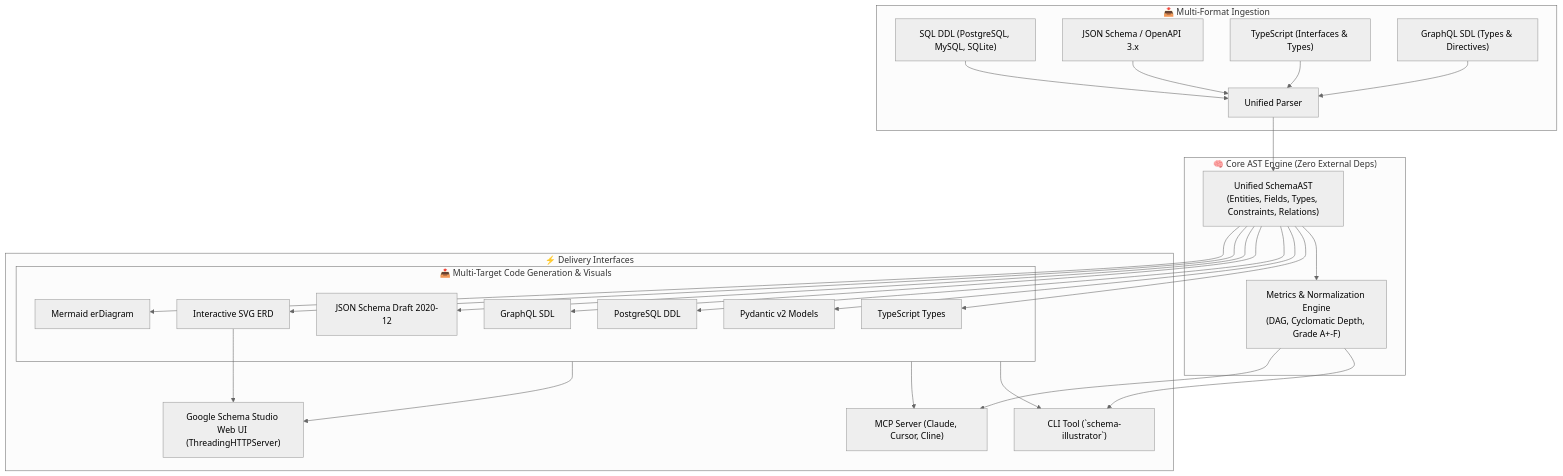
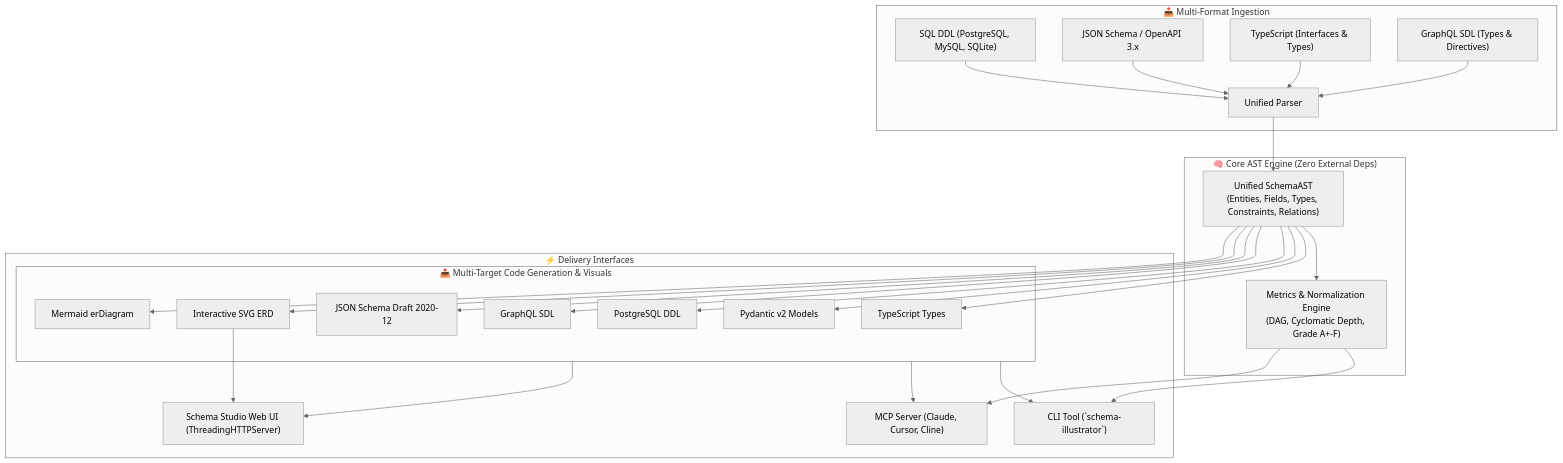
One commit to 1nc0gn30/schema-illustrator-studio changed the diagram in README.md. Above: the diagram before and after it, drawn with Mermaid (neutral theme). The commit also changed other lines of this file and 5 other files, not shown here.

Commit message:
rebrand: Schema Illustrator Studio branding with Material 3 design influence

````diff
--- a/README.md
+++ b/README.md
@@ -16,33 +16,33 @@
 ```mermaid
 flowchart TD
     subgraph Ingestion["📥 Multi-Format Ingestion"]
         SQL["SQL DDL (PostgreSQL, MySQL, SQLite)"] --> UP[Unified Parser]
         JS["JSON Schema / OpenAPI 3.x"] --> UP
         TS["TypeScript (Interfaces & Types)"] --> UP
         GQL["GraphQL SDL (Types & Directives)"] --> UP
     end
 
     subgraph Core["🧠 Core AST Engine (Zero External Deps)"]
         UP --> AST["Unified SchemaAST\n(Entities, Fields, Types, Constraints, Relations)"]
         AST --> METRICS["Metrics & Normalization Engine\n(DAG, Cyclomatic Depth, Grade A+-F)"]
     end
 
     subgraph Output["📤 Multi-Target Code Generation & Visuals"]
         AST --> TS_OUT["TypeScript Types"]
         AST --> PY_OUT["Pydantic v2 Models"]
         AST --> SQL_OUT["PostgreSQL DDL"]
         AST --> GQL_OUT["GraphQL SDL"]
         AST --> JS_OUT["JSON Schema Draft 2020-12"]
         AST --> SVG_OUT["Interactive SVG ERD"]
         AST --> MER_OUT["Mermaid erDiagram"]
     end
 
     subgraph Interfaces["⚡ Delivery Interfaces"]
         METRICS --> CLI["CLI Tool (`schema-illustrator`)"]
         METRICS --> MCP["MCP Server (Claude, Cursor, Cline)"]
-        SVG_OUT --> WEB["Google Schema Studio Web UI (ThreadingHTTPServer)"]
+        SVG_OUT --> WEB["Schema Studio Web UI (ThreadingHTTPServer)"]
         Output --> CLI
         Output --> MCP
         Output --> WEB
     end
 ```
````
